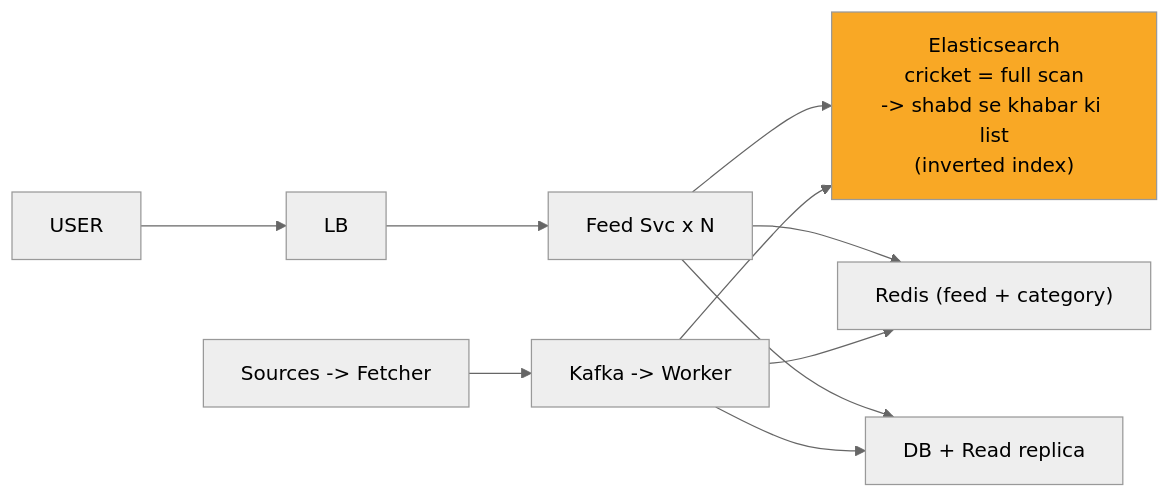
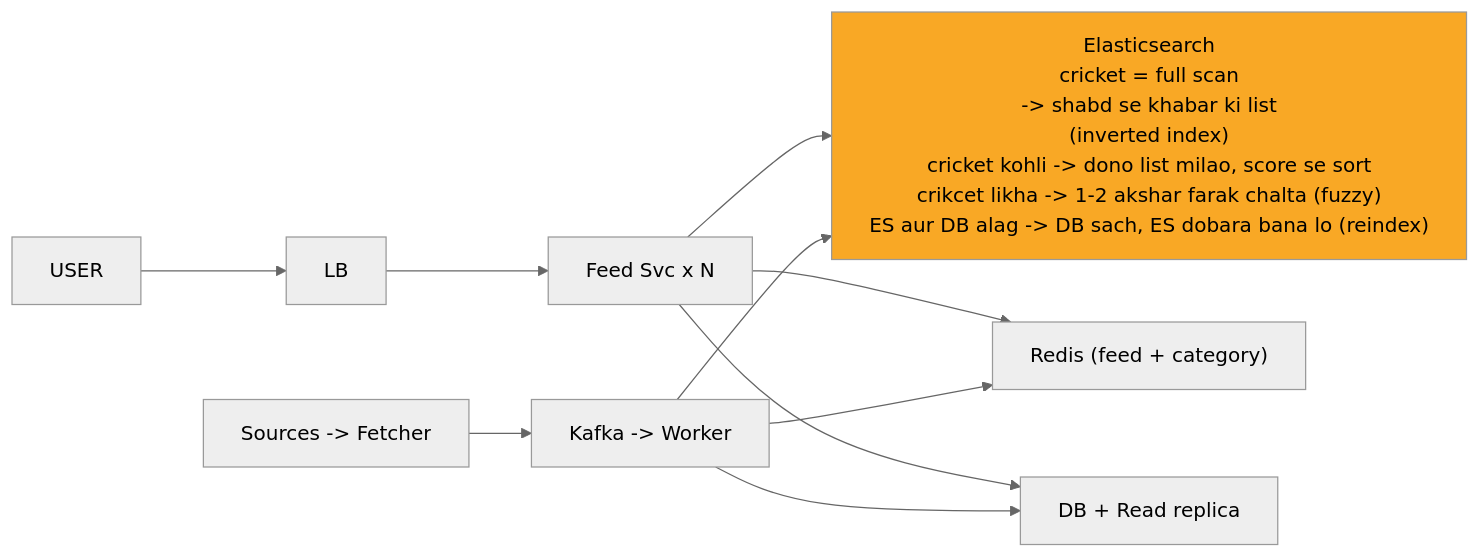
Before and after one commit to ArpanMaheshwari144/Prep: the eighth of 11 diagrams in 04_HLD/SYSTEM_DESIGNS/08_news_aggregator/08_news_aggregator_INTERVIEW.md, drawn with Mermaid (neutral theme). The commit also changed other lines of this file and 12 other files, not shown here.

Commit message:
hld 02-14: peele dabbe me SAFAR ke mod + diagram chauda (wrappingWidth 450)

````diff
--- a/04_HLD/SYSTEM_DESIGNS/08_news_aggregator/08_news_aggregator_INTERVIEW.md
+++ b/04_HLD/SYSTEM_DESIGNS/08_news_aggregator/08_news_aggregator_INTERVIEW.md
@@ -302,21 +309,22 @@
 ```mermaid
+%%{init: {"flowchart": {"wrappingWidth": 450}}}%%
 flowchart LR
     n_USER["USER"]
     n_LB["LB"]
     n_Feed_Svc_xN["Feed Svc x N"]
-    n_Elasticsearch["Elasticsearch<br/>cricket = full scan<br/>-> shabd se khabar ki list<br/>(inverted index)"]
+    n_Elasticsearch["Elasticsearch<br/>cricket = full scan<br/>-> shabd se khabar ki list<br/>(inverted index)<br/>cricket kohli -> dono list milao, score se sort<br/>crikcet likha -> 1-2 akshar farak chalta (fuzzy)<br/>ES aur DB alag -> DB sach, ES dobara bana lo (reindex)"]
     n_Redis["Redis (feed + category)"]
     n_DBR["DB + Read replica"]
     n_KW["Kafka -> Worker"]
     n_SF["Sources -> Fetcher"]
     n_USER --> n_LB
     n_LB --> n_Feed_Svc_xN
     n_Feed_Svc_xN --> n_Elasticsearch
     n_Feed_Svc_xN --> n_Redis
     n_Feed_Svc_xN --> n_DBR
     n_KW --> n_DBR
     n_KW --> n_Redis
     n_KW --> n_Elasticsearch
     n_SF --> n_KW
     style n_Elasticsearch fill:#f9a825,color:#000
 ```
````
